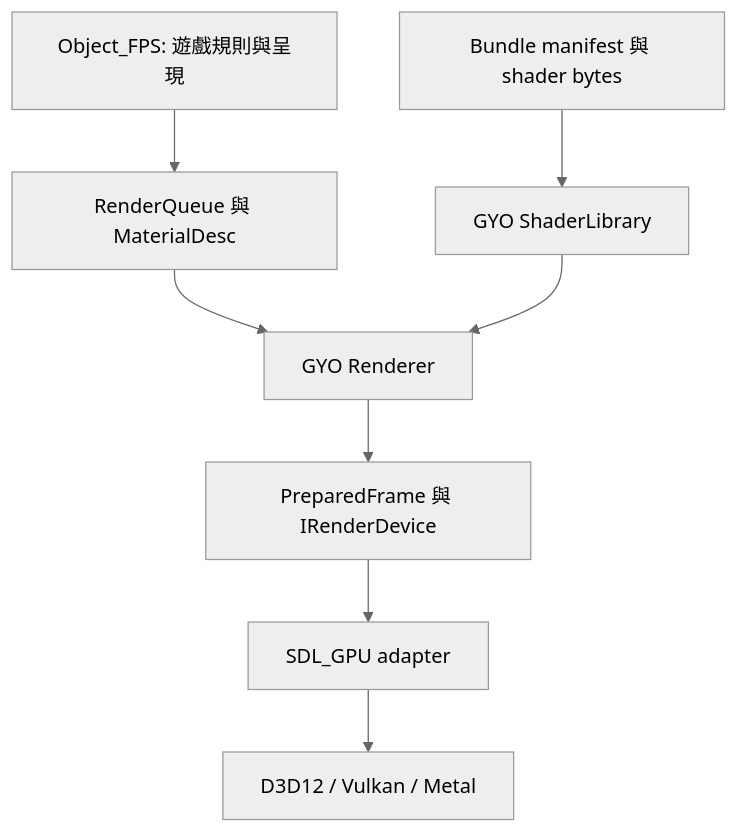
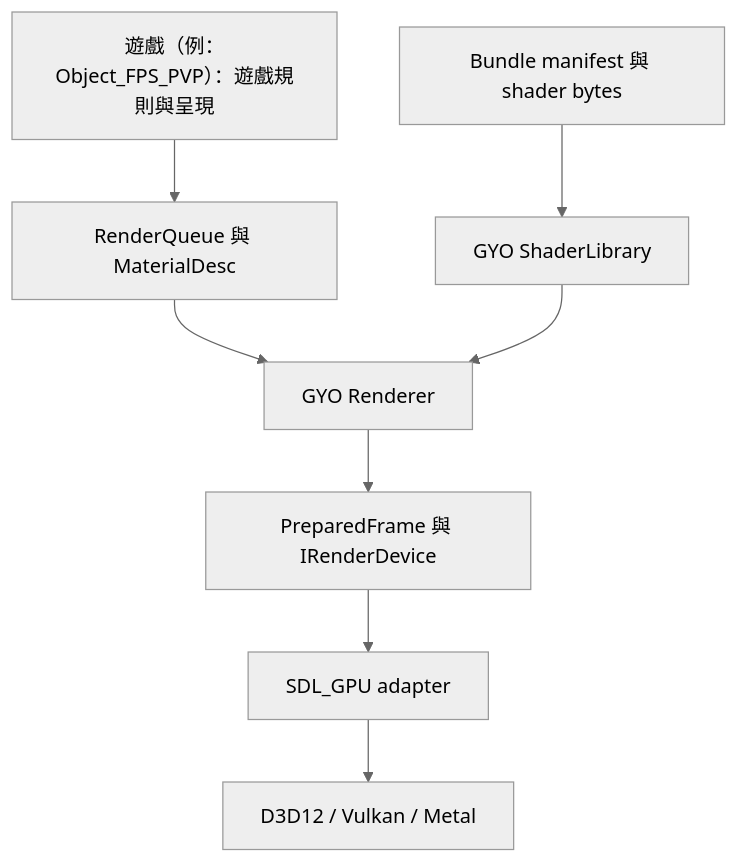
Before and after one commit to yojinn-io/GYO-Engine: the third of 3 diagrams in docs/rendering_architecture.zh-Hant.md, drawn with Mermaid (neutral theme). The commit also changed other lines of this file and 66 other files, not shown here.

First line of the commit message:
docs: 文書健診（2026-11-12）と架構師の引き継ぎの整理：計画の状態行の後続補註、PvP の pv9、Object_FPS の残り、横断ルール登録ページ、三線の停線記録

````diff
--- a/docs/rendering_architecture.zh-Hant.md
+++ b/docs/rendering_architecture.zh-Hant.md
@@ -53,10 +53,10 @@
 ```mermaid
 flowchart TD
-    A[Object_FPS: 遊戲規則與呈現] --> B[RenderQueue 與 MaterialDesc]
+    A[遊戲（例：Object_FPS_PVP）：遊戲規則與呈現] --> B[RenderQueue 與 MaterialDesc]
     B --> C[GYO Renderer]
     D[Bundle manifest 與 shader bytes] --> E[GYO ShaderLibrary]
     E --> C
     C --> F[PreparedFrame 與 IRenderDevice]
     F --> G[SDL_GPU adapter]
     G --> H[D3D12 / Vulkan / Metal]
 ```
````
